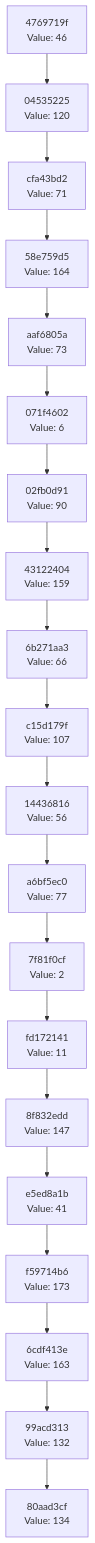
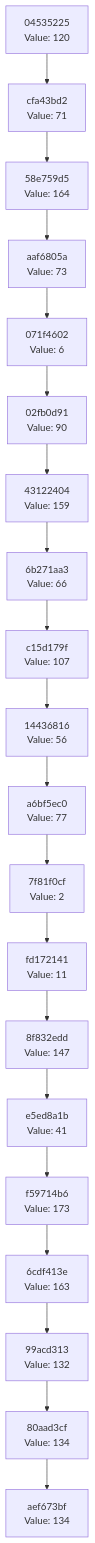
One commit to Abhisheksinha1506/hash-chain-evolver changed the diagram in docs/CHAIN_VISUALIZATION.md. Above: the diagram before and after it, drawn with Mermaid. The commit also changed 2 other files, not shown here.

Commit message:
Evolution Step

````diff
--- a/docs/CHAIN_VISUALIZATION.md
+++ b/docs/CHAIN_VISUALIZATION.md
@@ -3,42 +3,42 @@
 ```mermaid
 graph TD
-    C0["80aad3cf<br/>Value: 134"]
-    C1["99acd313<br/>Value: 132"]
+    C0["aef673bf<br/>Value: 134"]
+    C1["80aad3cf<br/>Value: 134"]
     C1 --> C0
-    C2["6cdf413e<br/>Value: 163"]
+    C2["99acd313<br/>Value: 132"]
     C2 --> C1
-    C3["f59714b6<br/>Value: 173"]
+    C3["6cdf413e<br/>Value: 163"]
     C3 --> C2
-    C4["e5ed8a1b<br/>Value: 41"]
+    C4["f59714b6<br/>Value: 173"]
     C4 --> C3
-    C5["8f832edd<br/>Value: 147"]
+    C5["e5ed8a1b<br/>Value: 41"]
     C5 --> C4
-    C6["fd172141<br/>Value: 11"]
+    C6["8f832edd<br/>Value: 147"]
     C6 --> C5
-    C7["7f81f0cf<br/>Value: 2"]
+    C7["fd172141<br/>Value: 11"]
     C7 --> C6
-    C8["a6bf5ec0<br/>Value: 77"]
+    C8["7f81f0cf<br/>Value: 2"]
     C8 --> C7
-    C9["14436816<br/>Value: 56"]
+    C9["a6bf5ec0<br/>Value: 77"]
     C9 --> C8
-    C10["c15d179f<br/>Value: 107"]
+    C10["14436816<br/>Value: 56"]
     C10 --> C9
-    C11["6b271aa3<br/>Value: 66"]
+    C11["c15d179f<br/>Value: 107"]
     C11 --> C10
-    C12["43122404<br/>Value: 159"]
+    C12["6b271aa3<br/>Value: 66"]
     C12 --> C11
-    C13["02fb0d91<br/>Value: 90"]
+    C13["43122404<br/>Value: 159"]
     C13 --> C12
-    C14["071f4602<br/>Value: 6"]
+    C14["02fb0d91<br/>Value: 90"]
     C14 --> C13
-    C15["aaf6805a<br/>Value: 73"]
+    C15["071f4602<br/>Value: 6"]
     C15 --> C14
-    C16["58e759d5<br/>Value: 164"]
+    C16["aaf6805a<br/>Value: 73"]
     C16 --> C15
-    C17["cfa43bd2<br/>Value: 71"]
+    C17["58e759d5<br/>Value: 164"]
     C17 --> C16
-    C18["04535225<br/>Value: 120"]
+    C18["cfa43bd2<br/>Value: 71"]
     C18 --> C17
-    C19["4769719f<br/>Value: 46"]
+    C19["04535225<br/>Value: 120"]
     C19 --> C18
 ```
````
